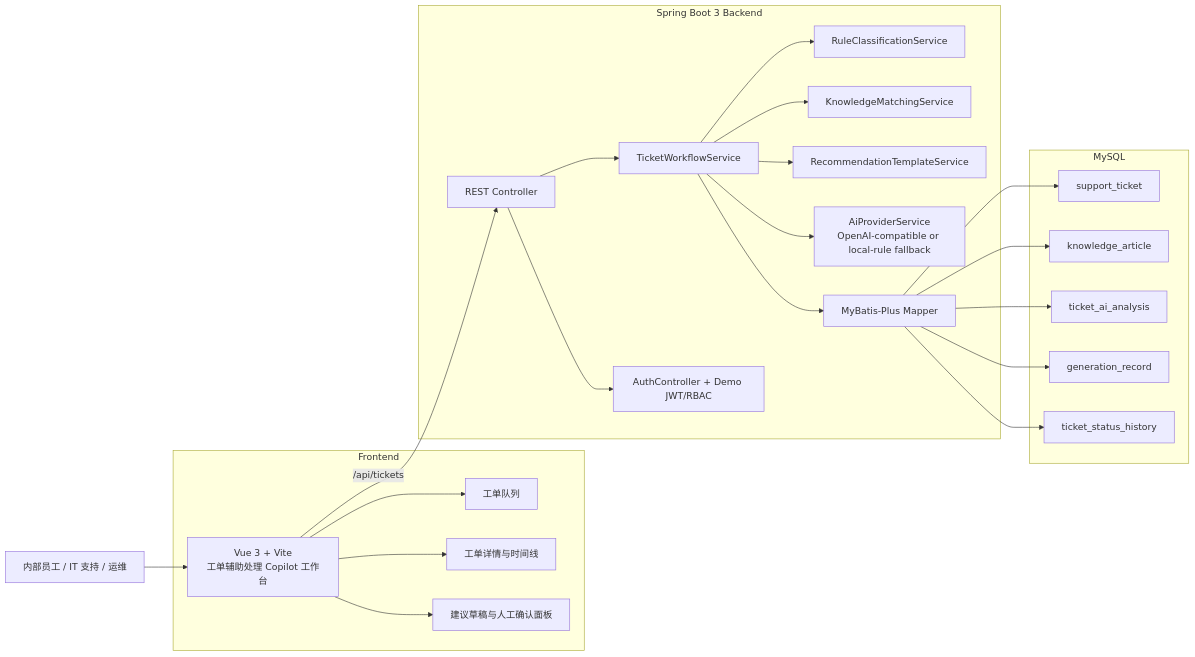
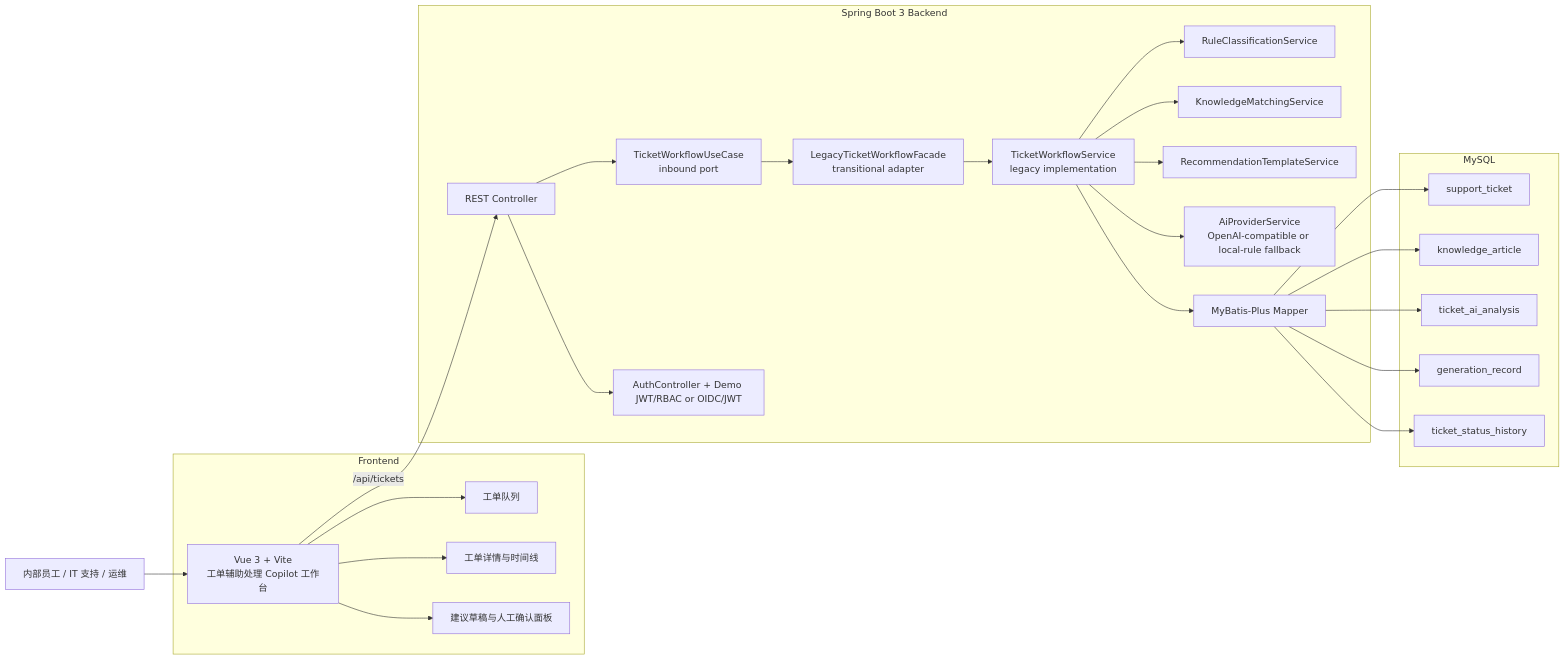
One commit to jameswilson87156-del/enterprise-ai-ticket-copilot changed the first of 4 diagrams in docs/architecture.md. Above: the diagram before and after it, drawn with Mermaid. The commit also changed other lines of this file and 136 other files, not shown here.

````diff
--- a/docs/architecture.md
+++ b/docs/architecture.md
@@ -7,35 +9,37 @@
 ```mermaid
 flowchart LR
   user["内部员工 / IT 支持 / 运维"] --> web["Vue 3 + Vite<br/>工单辅助处理 Copilot 工作台"]
 
   subgraph frontend["Frontend"]
     web --> queue["工单队列"]
     web --> detail["工单详情与时间线"]
     web --> ai_panel["建议草稿与人工确认面板"]
   end
 
   subgraph backend["Spring Boot 3 Backend"]
-    api["REST Controller"] --> workflow["TicketWorkflowService"]
-    api --> auth["AuthController + Demo JWT/RBAC"]
-    workflow --> classifier["RuleClassificationService"]
-    workflow --> matcher["KnowledgeMatchingService"]
-    workflow --> template["RecommendationTemplateService"]
-    workflow --> provider["AiProviderService<br/>OpenAI-compatible or local-rule fallback"]
-    workflow --> mapper["MyBatis-Plus Mapper"]
+    api["REST Controller"] --> workflow["TicketWorkflowUseCase<br/>inbound port"]
+    workflow --> legacy["LegacyTicketWorkflowFacade<br/>transitional adapter"]
+    legacy --> service["TicketWorkflowService<br/>legacy implementation"]
+    api --> auth["AuthController + Demo JWT/RBAC or OIDC/JWT"]
+    service --> classifier["RuleClassificationService"]
+    service --> matcher["KnowledgeMatchingService"]
+    service --> template["RecommendationTemplateService"]
+    service --> provider["AiProviderService<br/>OpenAI-compatible or local-rule fallback"]
+    service --> mapper["MyBatis-Plus Mapper"]
   end
 
   subgraph mysql["MySQL"]
     support_ticket["support_ticket"]
     knowledge_article["knowledge_article"]
     ticket_ai_analysis["ticket_ai_analysis"]
     generation_record["generation_record"]
     ticket_status_history["ticket_status_history"]
   end
 
   web -->|/api/tickets| api
   mapper --> support_ticket
   mapper --> knowledge_article
   mapper --> ticket_ai_analysis
   mapper --> generation_record
   mapper --> ticket_status_history
 ```
````
